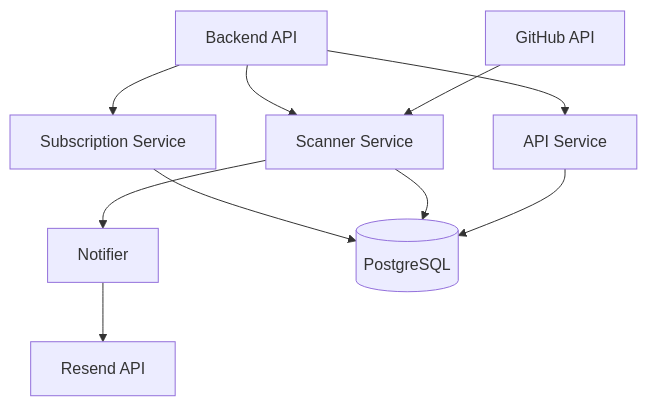
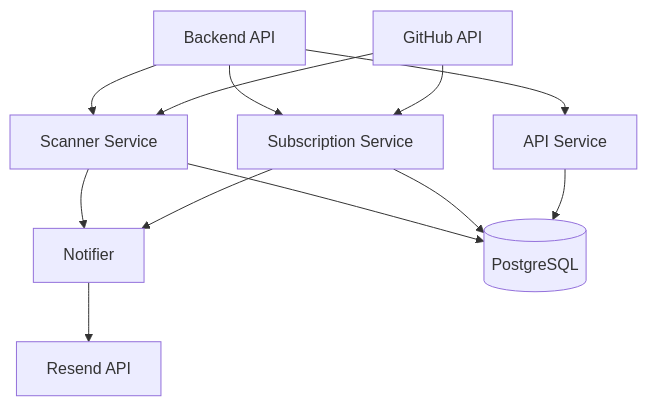
One commit to GenesisEducationKyiv/software-engineering-school-6-0-ExLyD1 changed the first of 3 diagrams in docs/SDD.md. Above: the diagram before and after it, drawn with Mermaid.

Commit message:
docs: update SDD architecture diagram with missing SubscriptionService connections

````diff
--- a/docs/SDD.md
+++ b/docs/SDD.md
@@ -85,14 +85,16 @@
 ```mermaid
 graph TD
     GW[Backend API] --> SubscriptionService[Subscription Service]
     GW --> ScannerService[Scanner Service]
     GW --> APIService[API Service]
 
     GitHubAPI[GitHub API] --> ScannerService
+    GitHubAPI --> SubscriptionService
     ScannerService --> Notifier[Notifier]
+    SubscriptionService --> Notifier
     Notifier --> ResendAPI[Resend API]
 
+    ScannerService --> DB
     SubscriptionService --> DB[(PostgreSQL)]
-    ScannerService --> DB
     APIService --> DB
 ```
````
